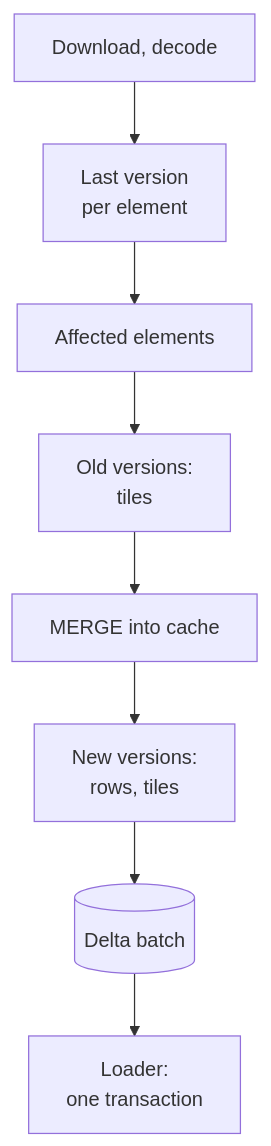
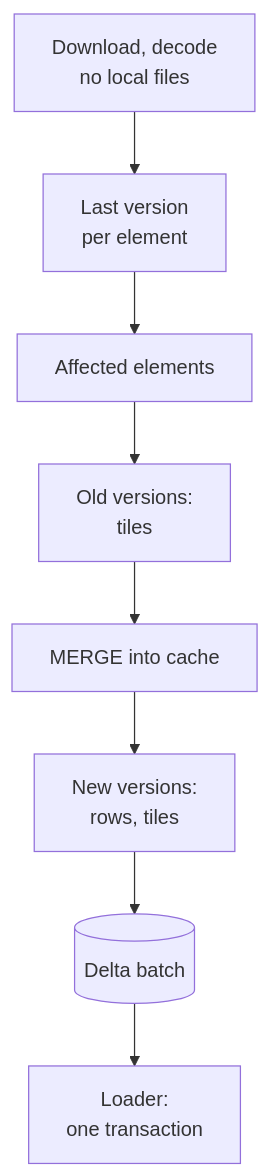
The third of 5 diagrams in docs/design.md (johngian/osm-spark-import), drawn with Mermaid before and after one commit. The commit also changed other lines of this file and 20 other files, not shown here.

````diff
--- a/docs/design.md
+++ b/docs/design.md
@@ -84,10 +91,10 @@
 ```mermaid
 flowchart TB
-    a[Download, decode] --> b[Last version<br/>per element]
+    a[Download, decode<br/>no local files] --> b[Last version<br/>per element]
     b --> c[Affected elements]
     c --> d[Old versions:<br/>tiles]
     d --> e[MERGE into cache]
     e --> f[New versions:<br/>rows, tiles]
     f --> g[(Delta batch)]
     g --> h[Loader:<br/>one transaction]
 ```
````
